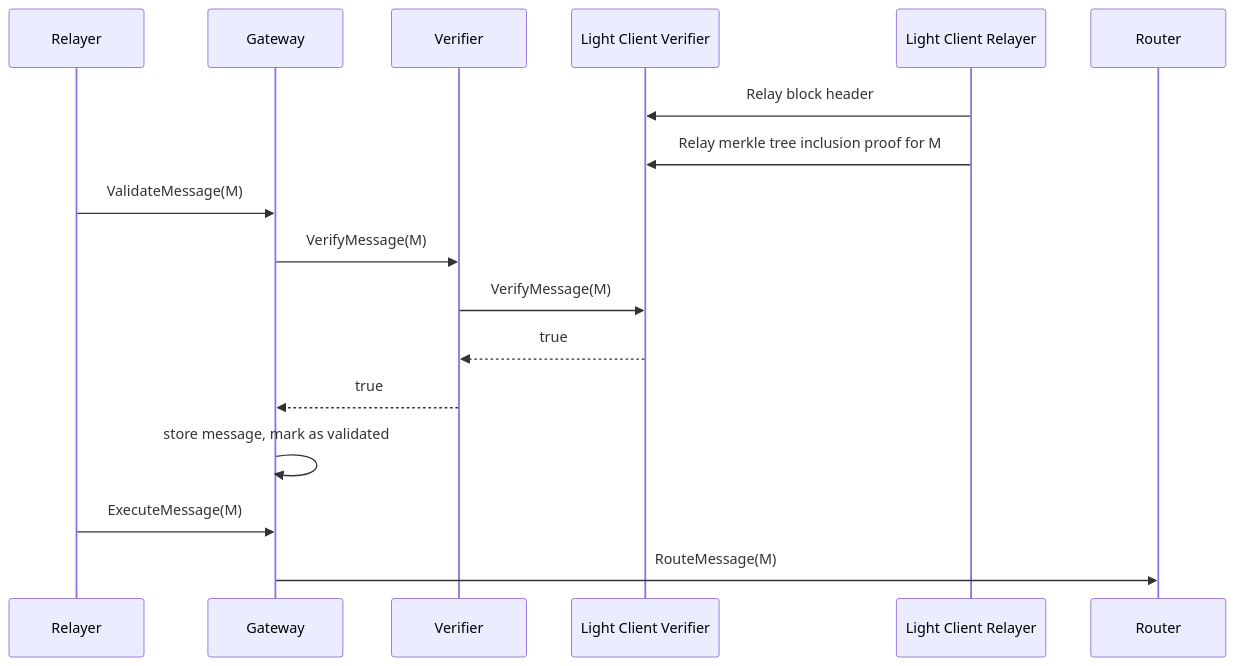
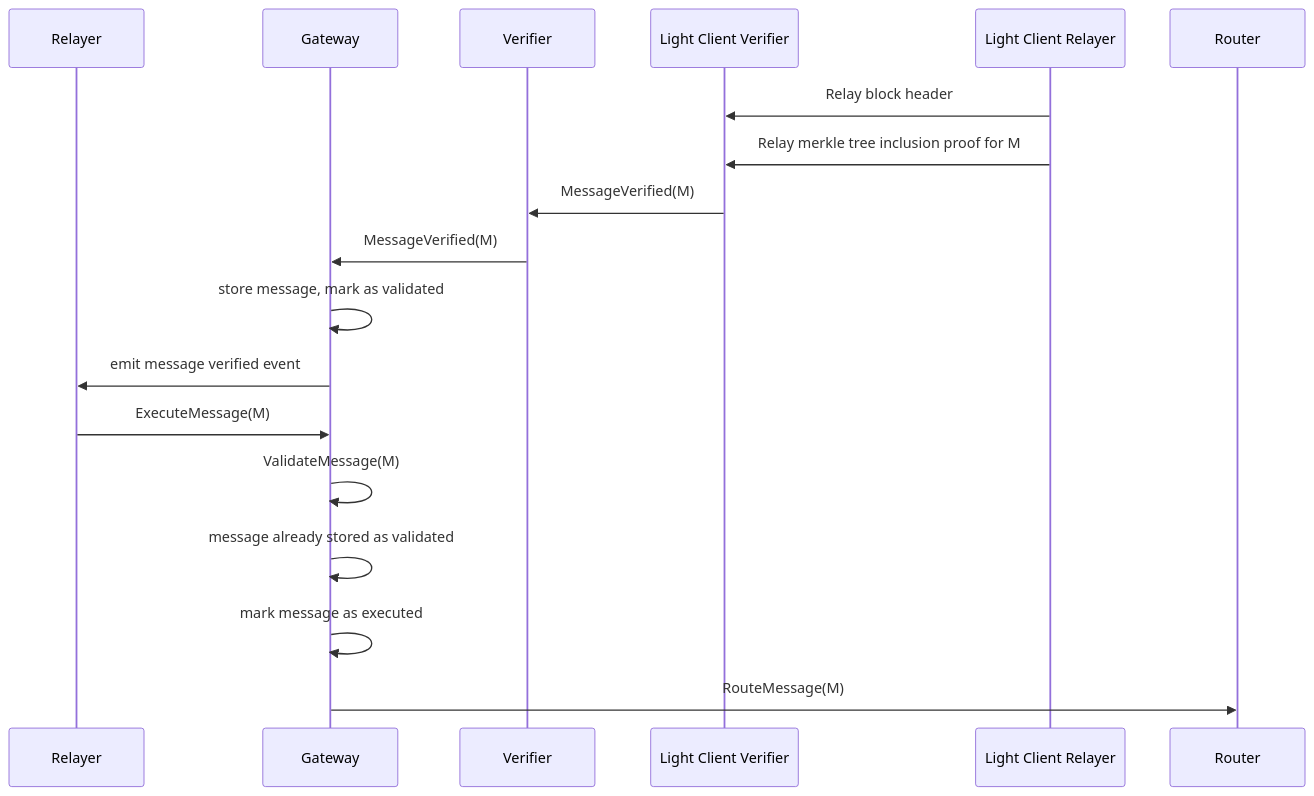
The ninth of 18 diagrams in README.md (axelarnetwork/axelar-amplifier), drawn with Mermaid before and after one commit. The commit also changed other lines of this file, not shown here.

````diff
--- a/README.md
+++ b/README.md
@@ -294,22 +285,23 @@
 ```mermaid
 sequenceDiagram
     participant Relayer
     participant Gateway
     participant Verifier
     participant Light Client Verifier
     participant Light Client Relayer
     participant Router
 
     Light Client Relayer->>Light Client Verifier: Relay block header
     Light Client Relayer->>Light Client Verifier: Relay merkle tree inclusion proof for M
+    Light Client Verifier->>Verifier: MessageVerified(M)
+    Verifier->>Gateway: MessageVerified(M)
+    Gateway->>Gateway: store message, mark as validated
+    Gateway->>Relayer: emit message verified event
 
-    Relayer->>Gateway: ValidateMessage(M)
-    Gateway->>Verifier: VerifyMessage(M)
-    Verifier->>Light Client Verifier: VerifyMessage(M)
-    Light Client Verifier-->>Verifier: true
-    Verifier-->>Gateway: true
-    Gateway->>Gateway: store message, mark as validated
 
     Relayer->>Gateway: ExecuteMessage(M)
+    Gateway->>Gateway: ValidateMessage(M)
+    Gateway->>Gateway: message already stored as validated
+    Gateway->>Gateway: mark message as executed
     Gateway->>Router: RouteMessage(M)
 ```
````
